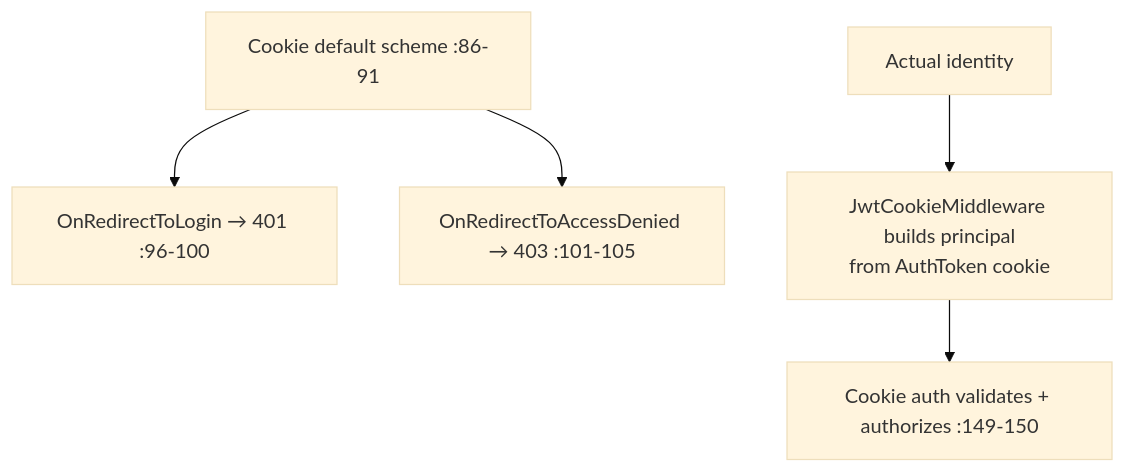
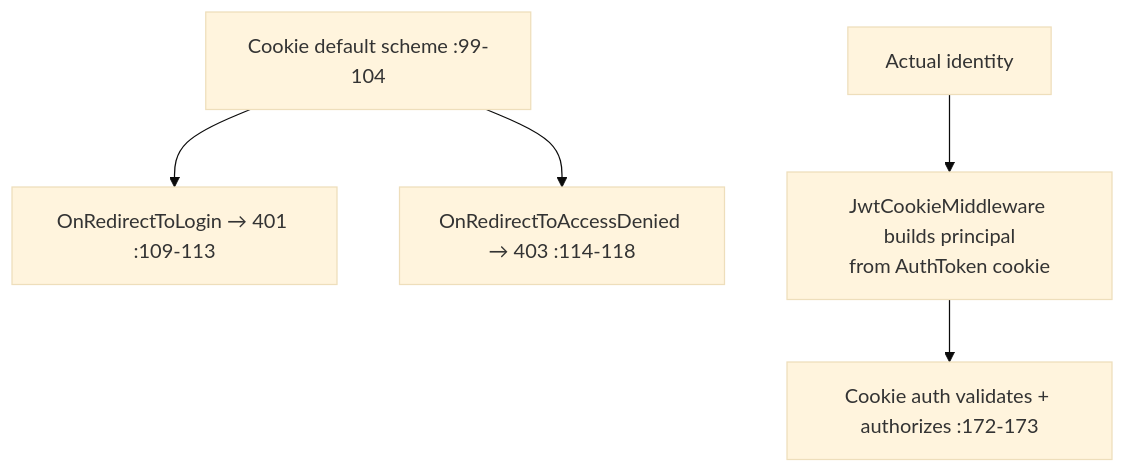
Before and after one commit to MohamedGasser15/Education-Lab: the first of 2 diagrams in Documentation/Modules/MVC/Program.md, drawn with Mermaid (base theme). The commit also changed other lines of this file and 20 other files, not shown here.

Commit message:
docs(modules): update system architecture and module documentation

````diff
--- a/Documentation/Modules/MVC/Program.md
+++ b/Documentation/Modules/MVC/Program.md
@@ -56,7 +60,7 @@
 ```mermaid
 flowchart TD
-    A[Cookie default scheme :86-91] --> B[OnRedirectToLogin → 401 :96-100]
-    A --> C[OnRedirectToAccessDenied → 403 :101-105]
+    A[Cookie default scheme :99-104] --> B[OnRedirectToLogin → 401 :109-113]
+    A --> C[OnRedirectToAccessDenied → 403 :114-118]
     D[Actual identity] --> E[JwtCookieMiddleware builds principal<br/>from AuthToken cookie]
-    E --> F[Cookie auth validates + authorizes :149-150]
+    E --> F[Cookie auth validates + authorizes :172-173]
 ```
````
